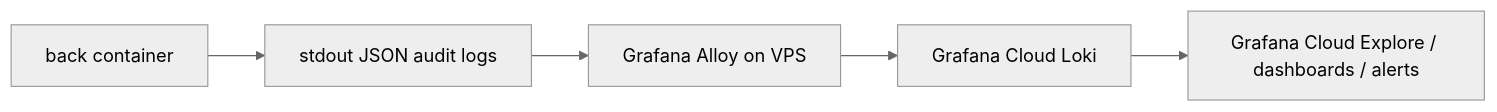
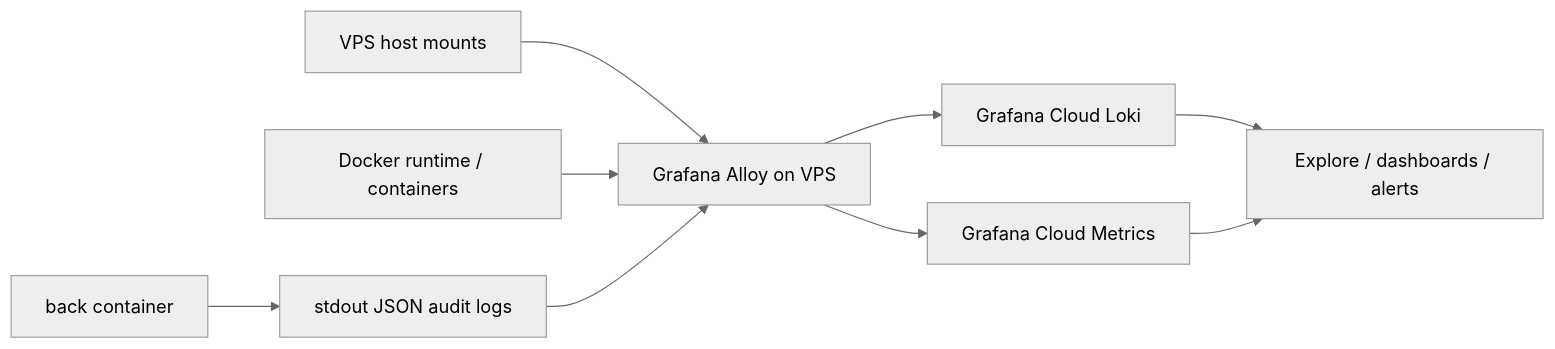
Before and after one commit to opusitach/crewlly: the diagram in docs/observability-grafana.md, drawn with Mermaid (neutral theme). The commit also changed other lines of this file and 3 other files, not shown here.

````diff
--- a/docs/observability-grafana.md
+++ b/docs/observability-grafana.md
@@ -20,7 +29,11 @@
 ```mermaid
 flowchart LR
   A["back container"] --> B["stdout JSON audit logs"]
-  B --> C["Grafana Alloy on VPS"]
-  C --> D["Grafana Cloud Loki"]
-  D --> E["Grafana Cloud Explore / dashboards / alerts"]
+  H["VPS host mounts"] --> C["Grafana Alloy on VPS"]
+  D["Docker runtime / containers"] --> C
+  B --> C
+  C --> E["Grafana Cloud Loki"]
+  C --> F["Grafana Cloud Metrics"]
+  E --> G["Explore / dashboards / alerts"]
+  F --> G
 ```
````
